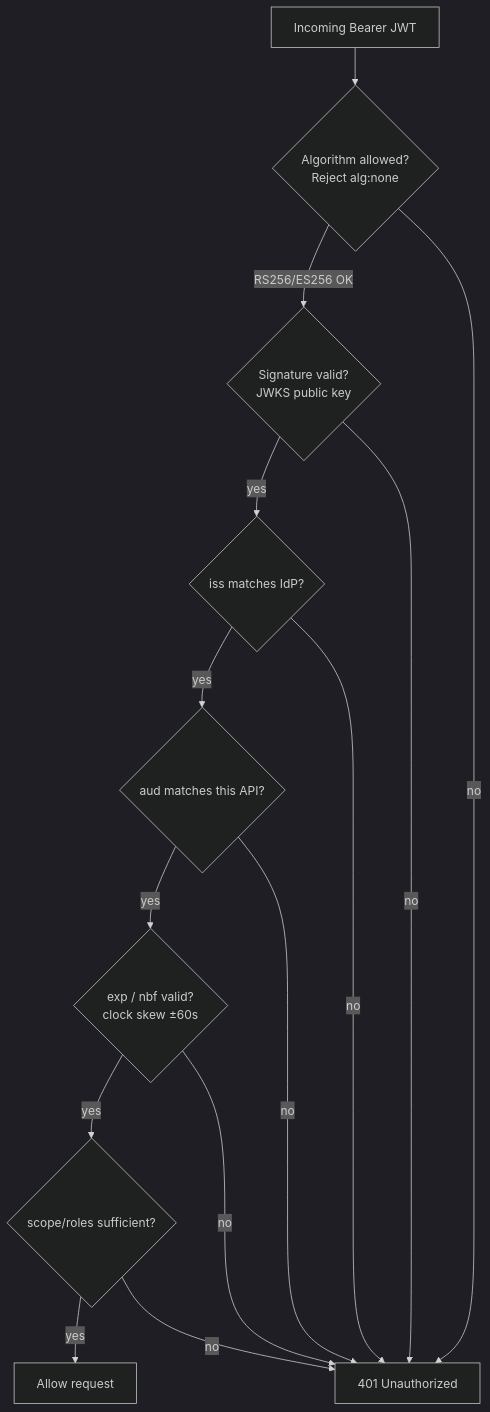
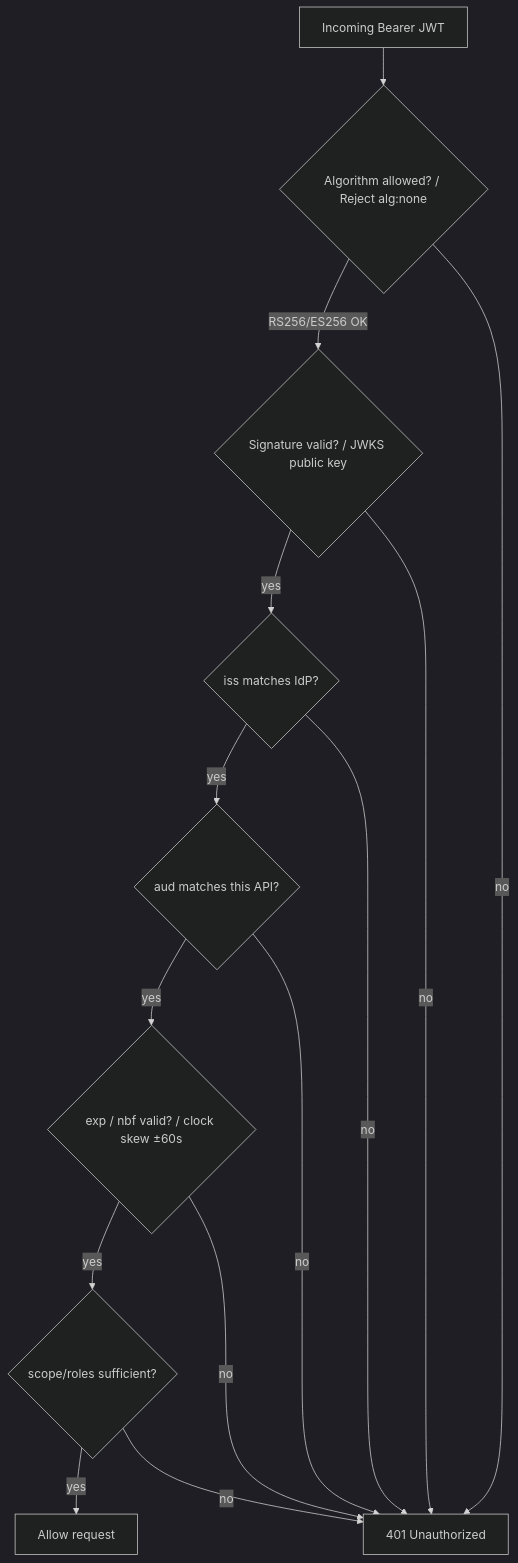
Before and after one commit to hareramcse/SystemDesign: the eighth of 25 diagrams in 10-security/README.md, drawn with Mermaid (dark theme). The commit also changed other lines of this file and 14 other files, not shown here.

````diff
--- a/10-security/README.md
+++ b/10-security/README.md
@@ -518,11 +518,11 @@
 ```mermaid
 flowchart TB
-    T[Incoming Bearer JWT] --> V1{Algorithm allowed?<br/>Reject alg:none}
-    V1 -->|RS256/ES256 OK| V2{Signature valid?<br/>JWKS public key}
+    T[Incoming Bearer JWT] --> V1{Algorithm allowed? / Reject alg:none}
+    V1 -->|RS256/ES256 OK| V2{Signature valid? / JWKS public key}
     V2 -->|yes| V3{iss matches IdP?}
     V3 -->|yes| V4{aud matches this API?}
-    V4 -->|yes| V5{exp / nbf valid?<br/>clock skew ±60s}
+    V4 -->|yes| V5{exp / nbf valid? / clock skew ±60s}
     V5 -->|yes| V6{scope/roles sufficient?}
     V6 -->|yes| Allow[Allow request]
     V1 & V2 & V3 & V4 & V5 & V6 -->|no| Deny[401 Unauthorized]
 ```
````
